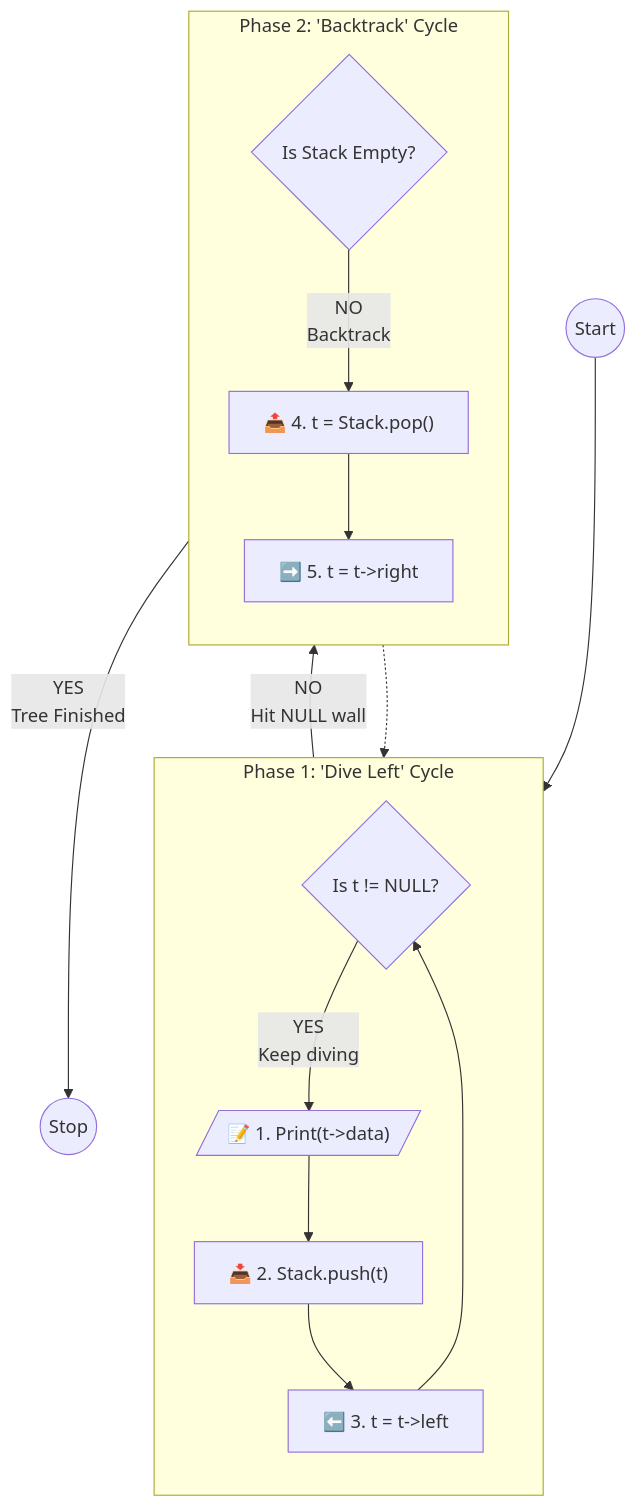
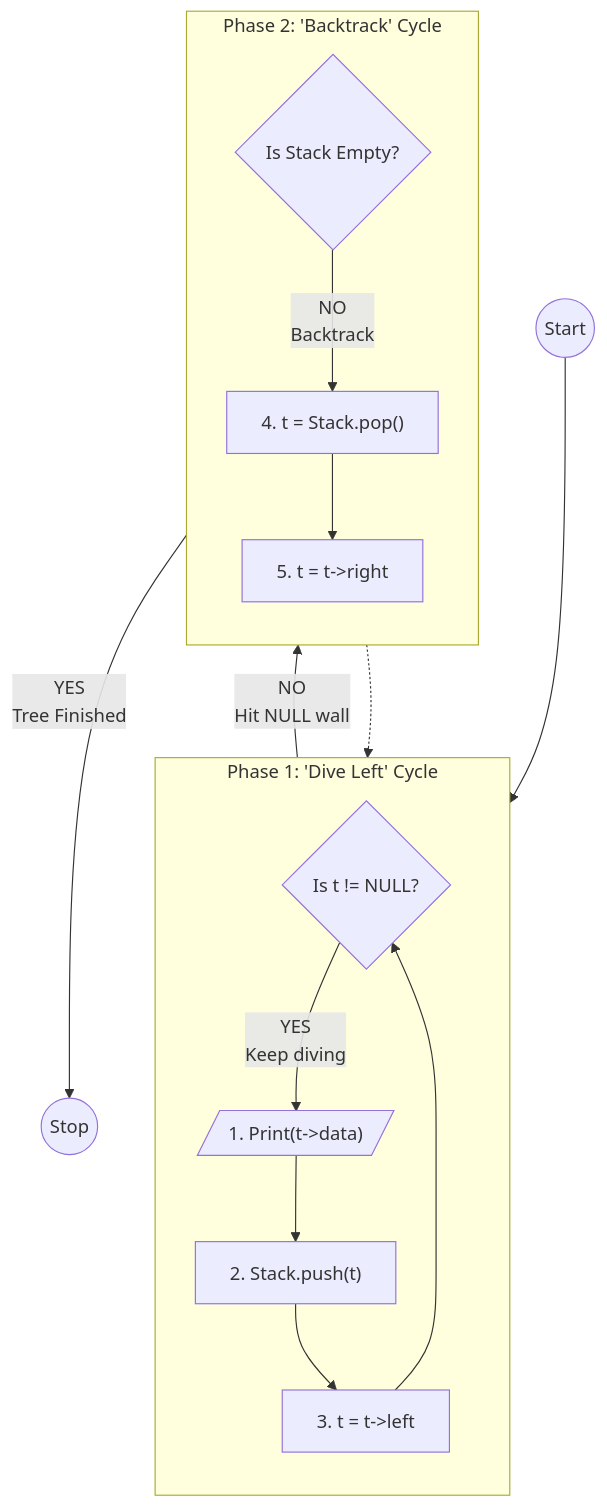
One commit to HashimAbdulaziz/DataStructures_ITICourseLabs changed the fourth of 5 diagrams in README.md. Above: the diagram before and after it, drawn with Mermaid. The commit also changed other lines of this file, not shown here.

````diff
--- a/README.md
+++ b/README.md
@@ -296,22 +296,22 @@
 ```mermaid
 flowchart TD
     Start((Start)) --> CheckNode{Is t != NULL?}
     
     subgraph Phase1 ["Phase 1: 'Dive Left' Cycle"]
     direction TB
-    CheckNode -- "YES<br/>Keep diving" --> Print[/"📝 1. Print(t->data)"/]
-    Print --> Push["📥 2. Stack.push(t)"]
-    Push --> MoveLeft["⬅️ 3. t = t->left"]
+    CheckNode -- "YES<br/>Keep diving" --> Print[/"1. Print(t->data)"/]
+    Print --> Push["2. Stack.push(t)"]
+    Push --> MoveLeft["3. t = t->left"]
     MoveLeft --> CheckNode
     end
 
     subgraph Phase2 ["Phase 2: 'Backtrack' Cycle"]
     direction TB
     CheckNode -- "NO<br/>Hit NULL wall" --> CheckStack{Is Stack Empty?}
-    CheckStack -- "NO<br/>Backtrack" --> Pop["📤 4. t = Stack.pop()"]
-    Pop --> MoveRight["➡️ 5. t = t->right"]
+    CheckStack -- "NO<br/>Backtrack" --> Pop["4. t = Stack.pop()"]
+    Pop --> MoveRight["5. t = t->right"]
     MoveRight -.-> CheckNode
     end
 
     CheckStack -- "YES<br/>Tree Finished" --> Stop((Stop))
 ```
````
